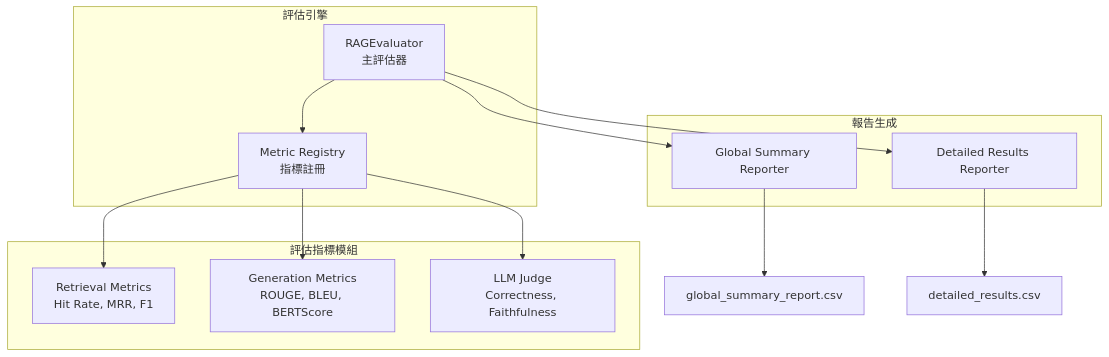
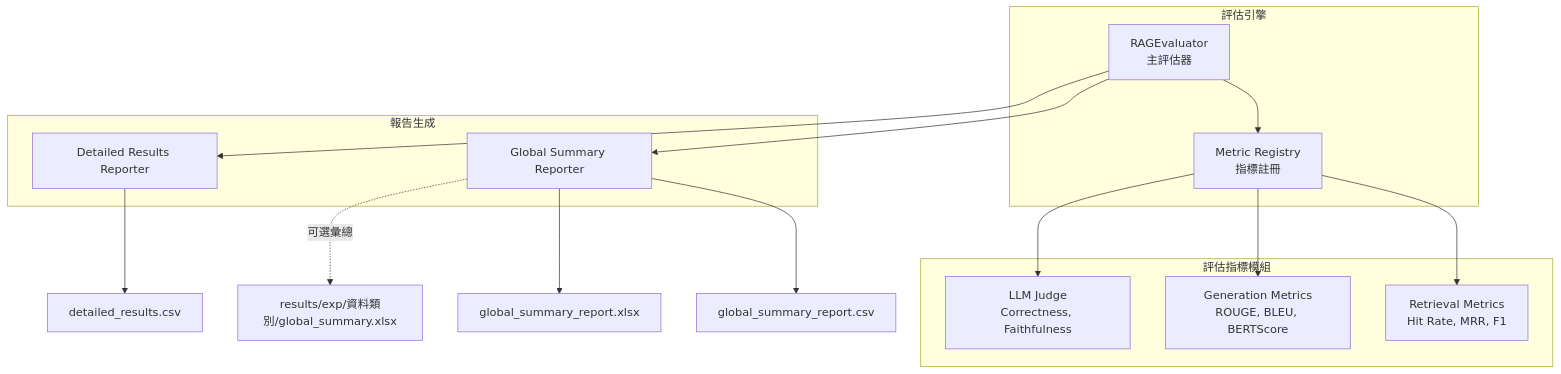
Before and after one commit to Hsuanyu-wang/End_to_End: the ninth of 26 diagrams in docs/ARCHITECTURE.md, drawn with Mermaid. The commit also changed other lines of this file and 123 other files, not shown here.

````diff
--- a/docs/ARCHITECTURE.md
+++ b/docs/ARCHITECTURE.md
@@ -344,29 +385,31 @@
 ```mermaid
 graph TB
     subgraph metricsModule[評估指標模組]
         RetrievalMetrics[Retrieval Metrics<br/>Hit Rate, MRR, F1]
         GenerationMetrics[Generation Metrics<br/>ROUGE, BLEU, BERTScore]
         LLMJudge[LLM Judge<br/>Correctness, Faithfulness]
     end
     
     subgraph evaluator[評估引擎]
         RAGEvaluator[RAGEvaluator<br/>主評估器]
         MetricRegistry[Metric Registry<br/>指標註冊]
     end
     
     subgraph reporter[報告生成]
         GlobalReporter[Global Summary Reporter]
         DetailedReporter[Detailed Results Reporter]
     end
     
     RAGEvaluator --> MetricRegistry
     MetricRegistry --> RetrievalMetrics
     MetricRegistry --> GenerationMetrics
     MetricRegistry --> LLMJudge
     
     RAGEvaluator --> GlobalReporter
     RAGEvaluator --> DetailedReporter
     
     GlobalReporter --> CSVReport[global_summary_report.csv]
+    GlobalReporter --> XLSXReport[global_summary_report.xlsx]
     DetailedReporter --> DetailedCSV[detailed_results.csv]
+    GlobalReporter -.可選彙總.-> MasterXLSX[results/exp/資料類別/global_summary.xlsx]
 ```
````
